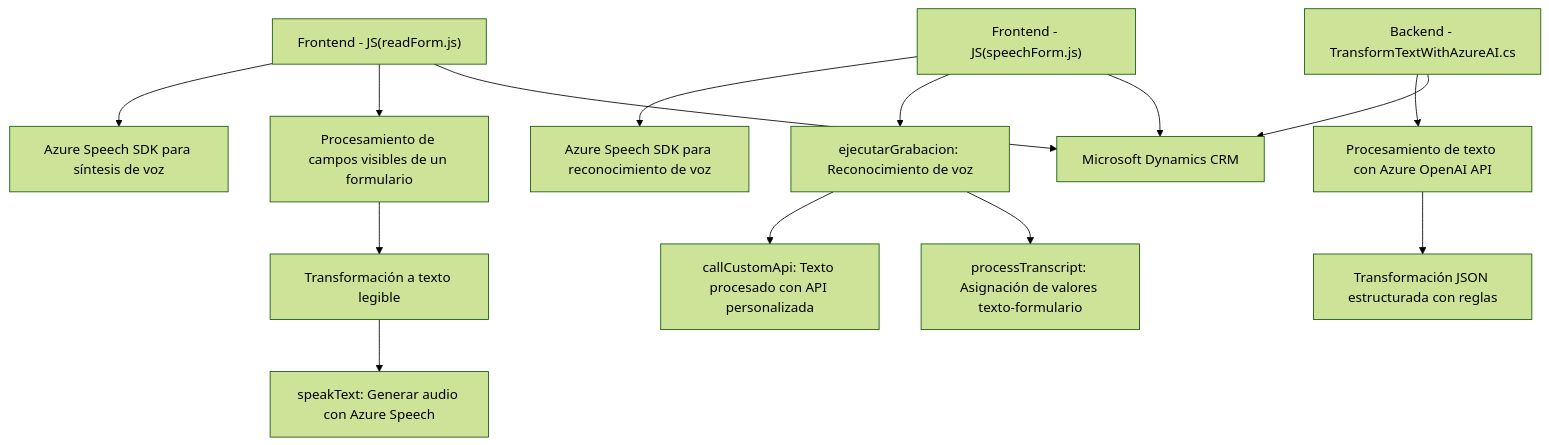
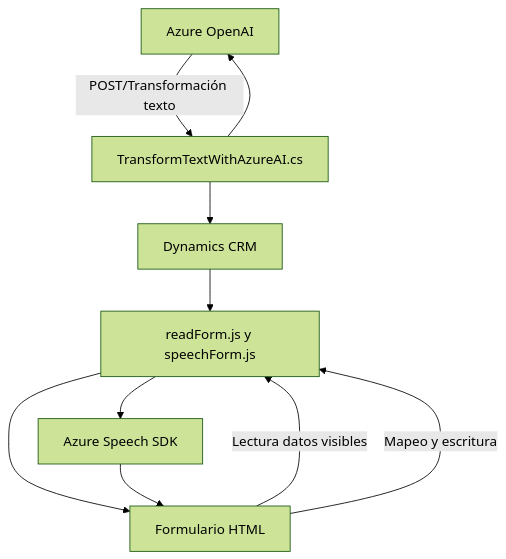
The diagram in README.md (blopezdm/NETCORE_BILBAO2025), drawn with Mermaid (forest theme) before and after one commit. The commit also changed other lines of this file, not shown here.

Commit message:
Actualizar análisis global de la solución con IA

````diff
--- a/README.md
+++ b/README.md
@@ -39,19 +58,22 @@
 ```mermaid
 graph TD
-    A["Frontend - JS(readForm.js)"] --> B["Azure Speech SDK para síntesis de voz"]
-    A --> C["Procesamiento de campos visibles de un formulario"]
-    C --> D["Transformación a texto legible"]
-    D --> E["speakText: Generar audio con Azure Speech"]
-    
-    F["Frontend - JS(speechForm.js)"] --> G["Azure Speech SDK para reconocimiento de voz"]
-    F --> H["ejecutarGrabacion: Reconocimiento de voz"]
-    H --> I["callCustomApi: Texto procesado con API personalizada"]
-    H --> J["processTranscript: Asignación de valores texto-formulario"]
-    
-    K["Backend - TransformTextWithAzureAI.cs"] --> L["Procesamiento de texto con Azure OpenAI API"]
-    L --> M["Transformación JSON estructurada con reglas"]
-    
-    A --> N["Microsoft Dynamics CRM"]
-    F --> N
-    K --> N
+    Dynamics365["Dynamics CRM"]
+    AzureSpeechSDK["Azure Speech SDK"]
+    AzureOpenAI["Azure OpenAI"]
+    HTMLForm["Formulario HTML"]
+    VoiceHandler["readForm.js y speechForm.js"]
+    PluginBackend["TransformTextWithAzureAI.cs"]
+
+    Dynamics365 --> VoiceHandler
+    VoiceHandler --> HTMLForm
+    VoiceHandler --> AzureSpeechSDK
+
+    HTMLForm --> |Lectura datos visibles| VoiceHandler
+    HTMLForm --> |Mapeo y escritura| VoiceHandler
+
+    AzureSpeechSDK --> HTMLForm
+    PluginBackend --> Dynamics365
+    PluginBackend --> AzureOpenAI
+
+    AzureOpenAI --> |POST/Transformación texto| PluginBackend
 ```
````
